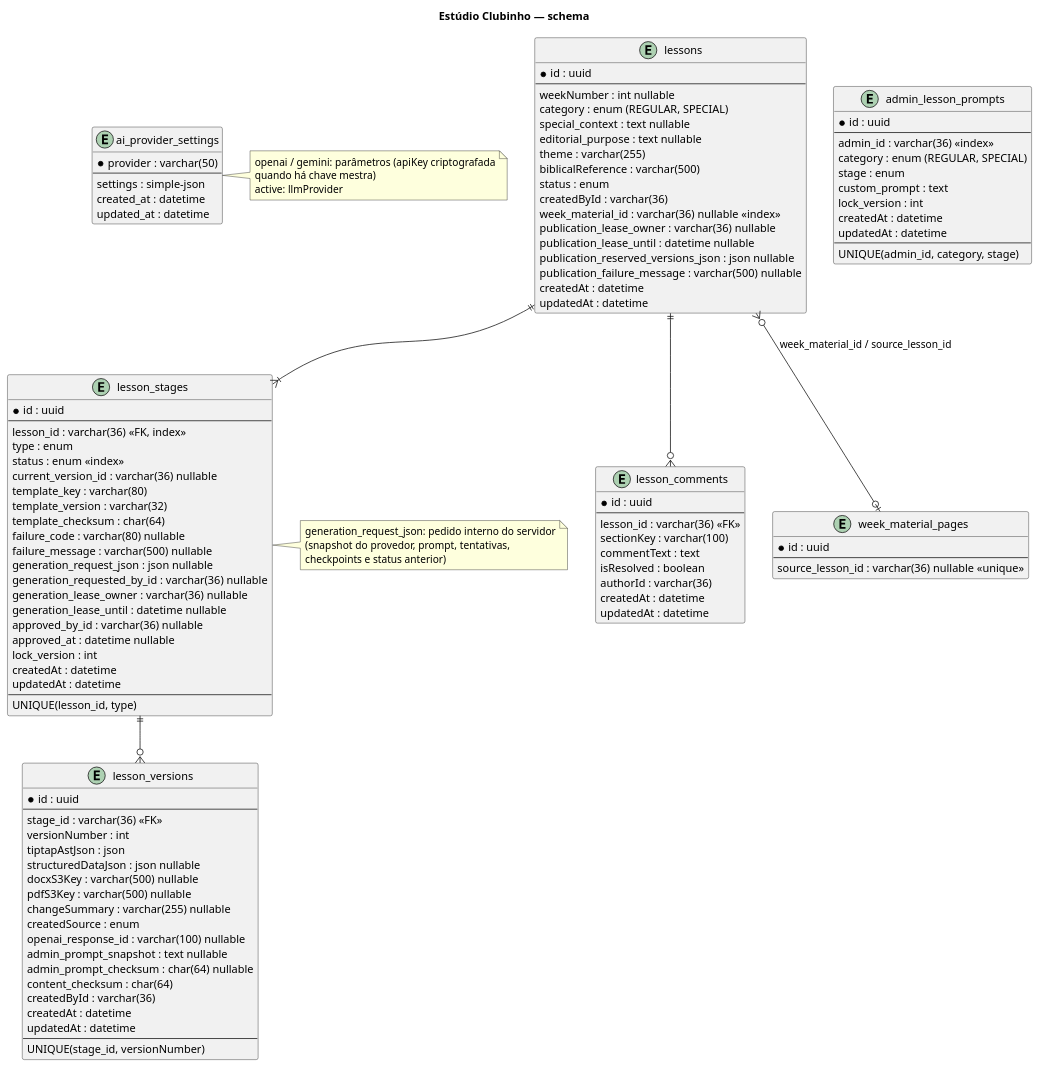
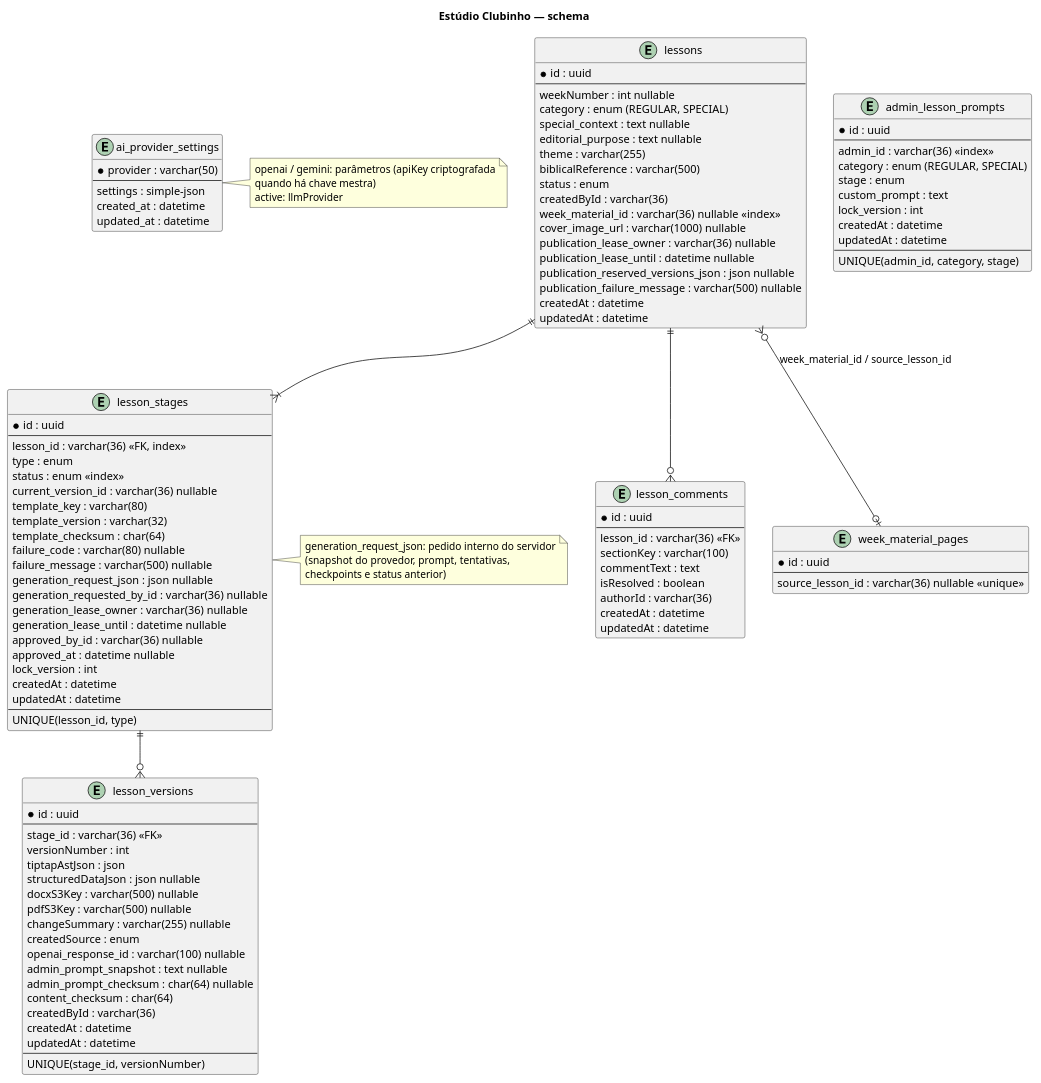
One commit to ministerioclubinhos/clubinhonib-api changed the diagram in docs/diagrams/database/ai-lessons-schema.puml. Above: the diagram before and after it, drawn with PlantUML. The commit also changed 32 other files, not shown here.

```diff
--- a/docs/diagrams/database/ai-lessons-schema.puml
+++ b/docs/diagrams/database/ai-lessons-schema.puml
@@ -1,117 +1,118 @@
 @startuml
 title Estúdio Clubinho — schema
 entity ai_provider_settings {
   * provider : varchar(50)
   --
   settings : simple-json
   created_at : datetime
   updated_at : datetime
 }
 note right of ai_provider_settings
   openai / gemini: parâmetros (apiKey criptografada
   quando há chave mestra)
   active: llmProvider
 end note
 entity admin_lesson_prompts {
   * id : uuid
   --
   admin_id : varchar(36) <<index>>
   category : enum (REGULAR, SPECIAL)
   stage : enum
   custom_prompt : text
   lock_version : int
   createdAt : datetime
   updatedAt : datetime
   --
   UNIQUE(admin_id, category, stage)
 }
 entity lessons {
   * id : uuid
   --
   weekNumber : int nullable
   category : enum (REGULAR, SPECIAL)
   special_context : text nullable
   editorial_purpose : text nullable
   theme : varchar(255)
   biblicalReference : varchar(500)
   status : enum
   createdById : varchar(36)
   week_material_id : varchar(36) nullable <<index>>
+  cover_image_url : varchar(1000) nullable
   publication_lease_owner : varchar(36) nullable
   publication_lease_until : datetime nullable
   publication_reserved_versions_json : json nullable
   publication_failure_message : varchar(500) nullable
   createdAt : datetime
   updatedAt : datetime
 }
 entity lesson_stages {
   * id : uuid
   --
   lesson_id : varchar(36) <<FK, index>>
   type : enum
   status : enum <<index>>
   current_version_id : varchar(36) nullable
   template_key : varchar(80)
   template_version : varchar(32)
   template_checksum : char(64)
   failure_code : varchar(80) nullable
   failure_message : varchar(500) nullable
   generation_request_json : json nullable
   generation_requested_by_id : varchar(36) nullable
   generation_lease_owner : varchar(36) nullable
   generation_lease_until : datetime nullable
   approved_by_id : varchar(36) nullable
   approved_at : datetime nullable
   lock_version : int
   createdAt : datetime
   updatedAt : datetime
   --
   UNIQUE(lesson_id, type)
 }
 note right of lesson_stages
   generation_request_json: pedido interno do servidor
   (snapshot do provedor, prompt, tentativas,
   checkpoints e status anterior)
 end note
 entity lesson_versions {
   * id : uuid
   --
   stage_id : varchar(36) <<FK>>
   versionNumber : int
   tiptapAstJson : json
   structuredDataJson : json nullable
   docxS3Key : varchar(500) nullable
   pdfS3Key : varchar(500) nullable
   changeSummary : varchar(255) nullable
   createdSource : enum
   openai_response_id : varchar(100) nullable
   admin_prompt_snapshot : text nullable
   admin_prompt_checksum : char(64) nullable
   content_checksum : char(64)
   createdById : varchar(36)
   createdAt : datetime
   updatedAt : datetime
   --
   UNIQUE(stage_id, versionNumber)
 }
 entity lesson_comments {
   * id : uuid
   --
   lesson_id : varchar(36) <<FK>>
   sectionKey : varchar(100)
   commentText : text
   isResolved : boolean
   authorId : varchar(36)
   createdAt : datetime
   updatedAt : datetime
 }
 entity week_material_pages {
   * id : uuid
   --
   source_lesson_id : varchar(36) nullable <<unique>>
 }
 lessons ||--|{ lesson_stages
 lessons ||--o{ lesson_comments
 lesson_stages ||--o{ lesson_versions
 lessons }o--o| week_material_pages : week_material_id / source_lesson_id
 @enduml
```
